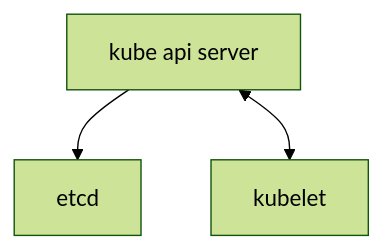
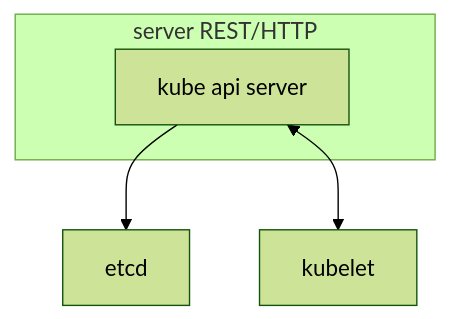
Before and after one commit to DanyAAD90/k8s_understanding: the diagram in README.md, drawn with Mermaid (forest theme).

````diff
--- a/README.md
+++ b/README.md
@@ -4,5 +4,8 @@
 ```mermaid
 flowchart TD
 A[kube api server] --> B[etcd]
 A <--> C[kubelet]
+subgraph server REST/HTTP
+A
+end
 ```
````
